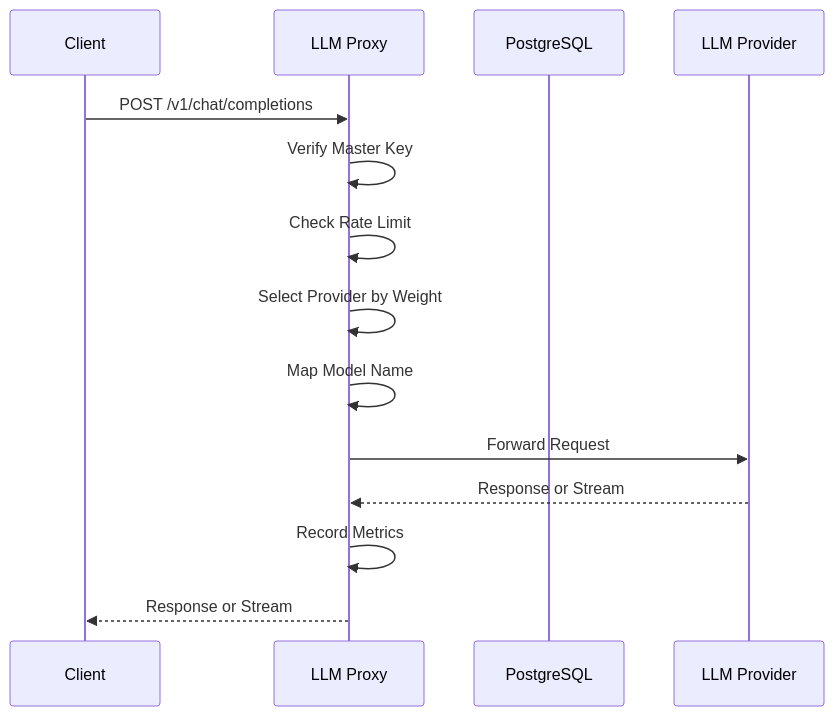
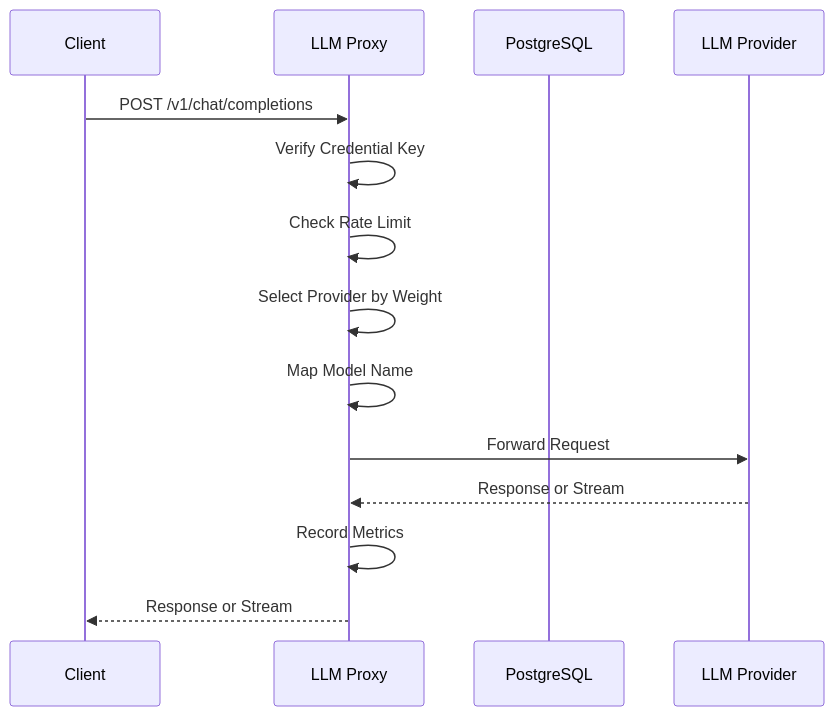
Before and after one commit to maywzh/llm-proxy: the second of 3 diagrams in Agents.md, drawn with Mermaid. The commit also changed other lines of this file and 51 other files, not shown here.

````diff
--- a/Agents.md
+++ b/Agents.md
@@ -144,17 +144,17 @@
 ```mermaid
 sequenceDiagram
     participant Client
     participant Proxy as LLM Proxy
     participant DB as PostgreSQL
     participant Provider as LLM Provider
     
     Client->>Proxy: POST /v1/chat/completions
-    Proxy->>Proxy: Verify Master Key
+    Proxy->>Proxy: Verify Credential Key
     Proxy->>Proxy: Check Rate Limit
     Proxy->>Proxy: Select Provider by Weight
     Proxy->>Proxy: Map Model Name
     Proxy->>Provider: Forward Request
     Provider-->>Proxy: Response or Stream
     Proxy->>Proxy: Record Metrics
     Proxy-->>Client: Response or Stream
 ```
````
